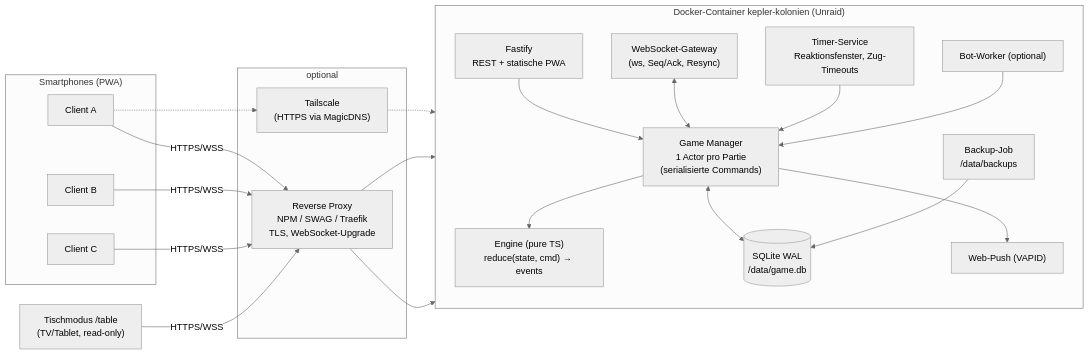
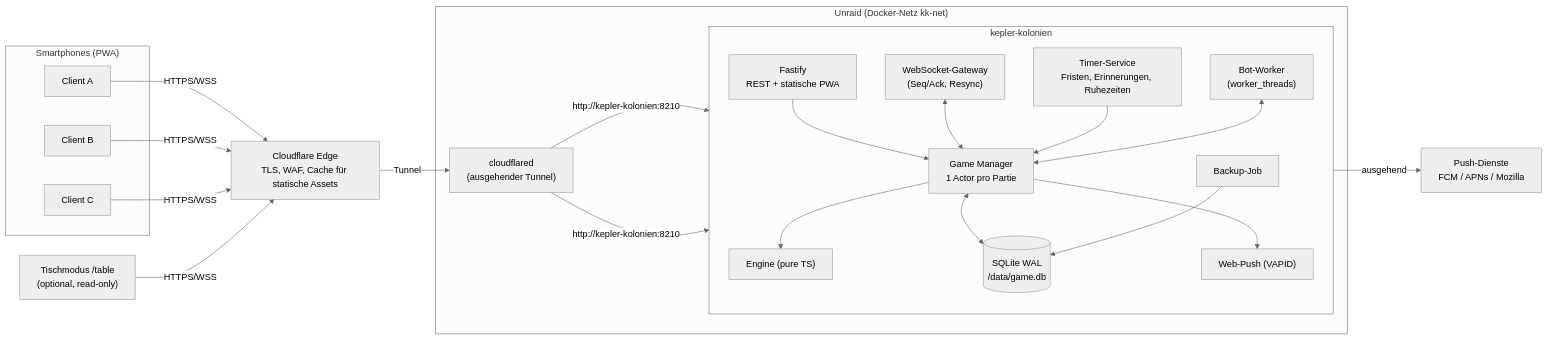
One commit to pneumann1980/kepler-kolonien changed the second of 2 diagrams in docs/KONZEPT.md. Above: the diagram before and after it, drawn with Mermaid (neutral theme). The commit also changed other lines of this file and 9 other files, not shown here.

First line of the commit message:
Konzept v1.2: Regelabgleich mit Regelheft, Cloudflare Tunnel, Async-Betrieb, 100 Karten

````diff
--- a/docs/KONZEPT.md
+++ b/docs/KONZEPT.md
@@ -397,35 +426,35 @@
 ```mermaid
 flowchart LR
     subgraph Phones["Smartphones (PWA)"]
         C1[Client A]
         C2[Client B]
         C3[Client C]
     end
-    TV["Tischmodus /table<br/>(TV/Tablet, read-only)"]
-    subgraph Edge["optional"]
-        RP["Reverse Proxy<br/>NPM / SWAG / Traefik<br/>TLS, WebSocket-Upgrade"]
-        TS["Tailscale<br/>(HTTPS via MagicDNS)"]
+    TV["Tischmodus /table<br/>(optional, read-only)"]
+    CF["Cloudflare Edge<br/>TLS, WAF, Cache für statische Assets"]
+    subgraph Unraid["Unraid (Docker-Netz kk-net)"]
+        CFD["cloudflared<br/>(ausgehender Tunnel)"]
+        subgraph Container["kepler-kolonien"]
+            direction TB
+            HTTP["Fastify<br/>REST + statische PWA"]
+            WS["WebSocket-Gateway<br/>(Seq/Ack, Resync)"]
+            GM["Game Manager<br/>1 Actor pro Partie"]
+            ENG["Engine (pure TS)"]
+            TMR["Timer-Service<br/>Fristen, Erinnerungen, Ruhezeiten"]
+            PUSH["Web-Push (VAPID)"]
+            BOT["Bot-Worker<br/>(worker_threads)"]
+            DB[("SQLite WAL<br/>/data/game.db")]
+            BK["Backup-Job"]
+        end
     end
-    subgraph Container["Docker-Container kepler-kolonien (Unraid)"]
-        direction TB
-        HTTP["Fastify<br/>REST + statische PWA"]
-        WS["WebSocket-Gateway<br/>(ws, Seq/Ack, Resync)"]
-        GM["Game Manager<br/>1 Actor pro Partie<br/>(serialisierte Commands)"]
-        ENG["Engine (pure TS)<br/>reduce(state, cmd) → events"]
-        TMR["Timer-Service<br/>Reaktionsfenster, Zug-Timeouts"]
-        PUSH["Web-Push (VAPID)"]
-        BOT["Bot-Worker (optional)"]
-        DB[("SQLite WAL<br/>/data/game.db")]
-        BK["Backup-Job<br/>/data/backups"]
-    end
-    C1 & C2 & C3 & TV -->|HTTPS/WSS| RP --> HTTP & WS
-    C1 -.-> TS -.-> HTTP
+    PS["Push-Dienste<br/>FCM / APNs / Mozilla"]
+    C1 & C2 & C3 & TV -->|HTTPS/WSS| CF -->|Tunnel| CFD -->|http://kepler-kolonien:8210| HTTP & WS
     HTTP --> GM
     WS <--> GM
     GM --> ENG
     GM <--> DB
     TMR --> GM
-    GM --> PUSH
-    BOT --> GM
+    BOT <--> GM
+    GM --> PUSH -->|ausgehend| PS
     BK --> DB
 ```
````
